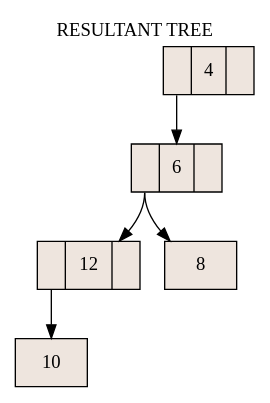
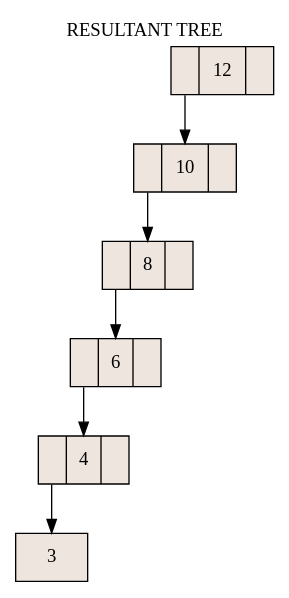
The diagram in GTree.dot (eugeniagiuliodori/LambdaInSets), drawn with Graphviz before and after one commit. The commit also changed 13 other files, not shown here.

```diff
--- a/GTree.dot
+++ b/GTree.dot
@@ -1,14 +1,16 @@
 digraph grafica{
 labelloc="t";label ="RESULTANT TREE
 "rankdir=TB;
 node [shape = record, style=filled, fillcolor=seashell2];
-nodo2 [ label ="<C0>|4|<C1>"];
-nodo3 [ label ="<C0>|6|<C1>"];
-nodo6 [ label ="<C0>|12|<C1>"];
-nodo5 [ label ="10"];
-nodo6:C0->nodo5
-nodo3:C0->nodo6
-nodo4 [ label ="8"];
+nodo1 [ label ="<C0>|12|<C1>"];
+nodo2 [ label ="<C0>|10|<C1>"];
+nodo3 [ label ="<C0>|8|<C1>"];
+nodo4 [ label ="<C0>|6|<C1>"];
+nodo5 [ label ="<C0>|4|<C1>"];
+nodo6 [ label ="3"];
+nodo5:C0->nodo6
+nodo4:C0->nodo5
 nodo3:C0->nodo4
 nodo2:C0->nodo3
+nodo1:C0->nodo2
 }
```
